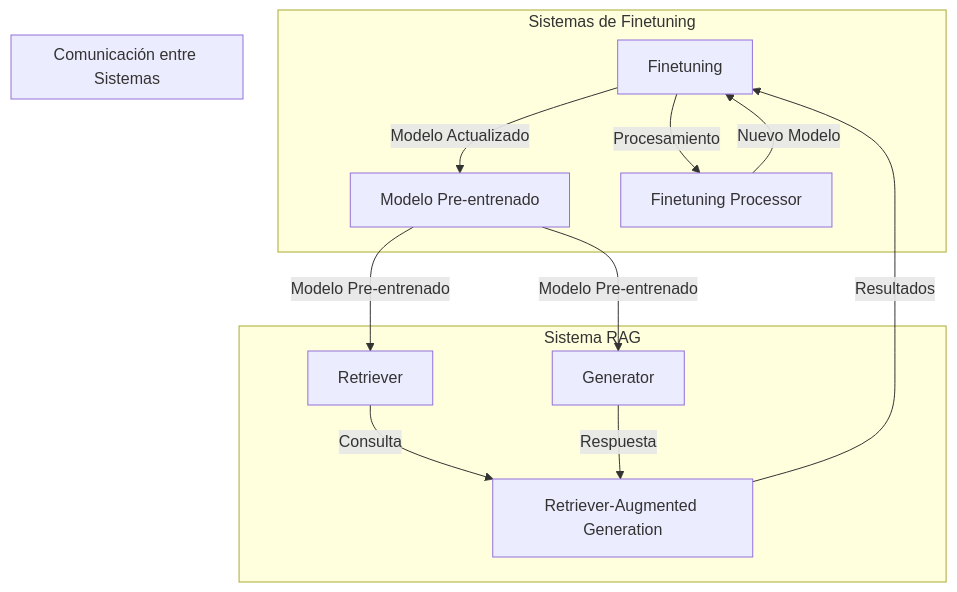
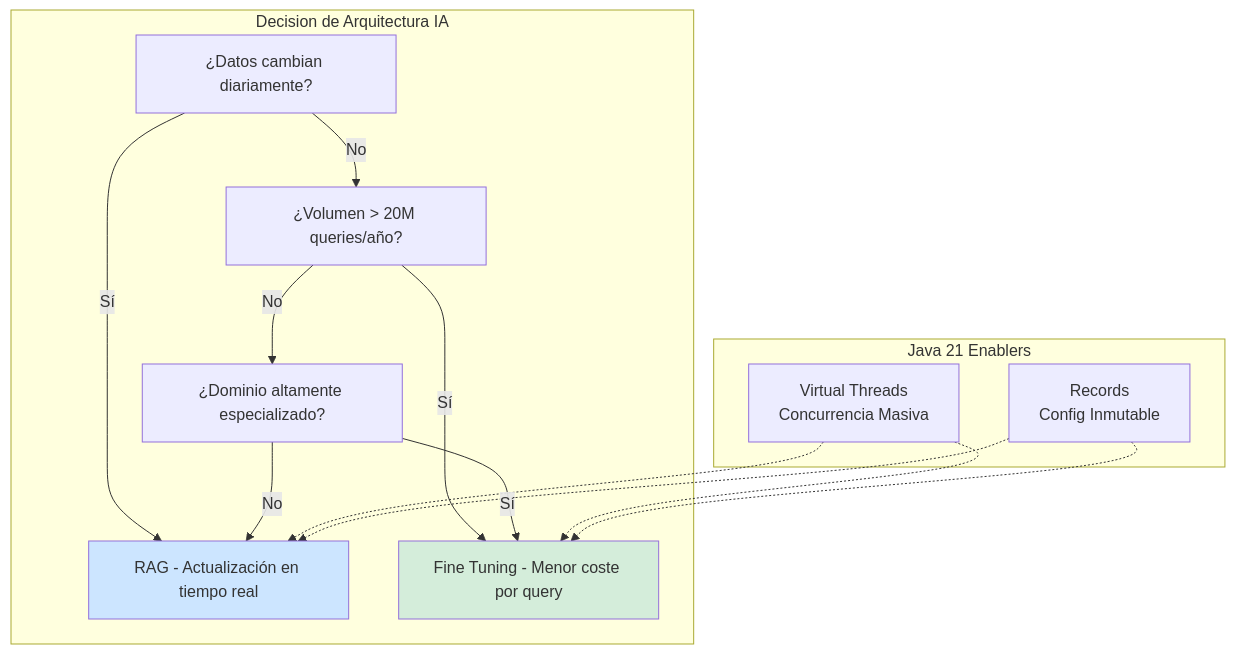
The first of 3 diagrams in _Review/fine_tuning_vs_rag_comparativa_real/fine_tuning_vs_rag_comparativa_real.md (Joaquinriosheredia/DAM-Java-Mastery), drawn with Mermaid before and after one commit. The commit also changed other lines of this file, not shown here.

Commit message:
fine_tuning_vs_rag_comparativa_real.md

````diff
--- a/_Review/fine_tuning_vs_rag_comparativa_real/fine_tuning_vs_rag_comparativa_real.md
+++ b/_Review/fine_tuning_vs_rag_comparativa_real/fine_tuning_vs_rag_comparativa_real.md
@@ -78,25 +76,21 @@
 ```mermaid
 graph TD
-    subgraph Sistemas de Finetuning
-        FT[Finetuning]
-        PM[Modelo Pre-entrenado]
-        FP[Finetuning Processor]
-        FT -->|Procesamiento| FP
-        FP -->|Nuevo Modelo| FT
+    subgraph "Decision de Arquitectura IA"
+        A[¿Datos cambian diariamente?] -->|Sí| RAG[RAG - Actualización en tiempo real]
+        A -->|No| B[¿Volumen > 20M queries/año?]
+        B -->|Sí| FT[Fine Tuning - Menor coste por query]
+        B -->|No| C[¿Dominio altamente especializado?]
+        C -->|Sí| FT
+        C -->|No| RAG
     end
-
-    subgraph Sistema RAG
-        RET[Retriever]
-        GEN[Generator]
-        RAG[Retriever-Augmented Generation]
-        RET -->|Consulta| RAG
-        GEN -->|Respuesta| RAG
-        RAG -->|Resultados| FT
+    
+    subgraph "Java 21 Enablers"
+        VT[Virtual Threads<br/>Concurrencia Masiva] -.-> RAG
+        VT -.-> FT
+        REC[Records<br/>Config Inmutable] -.-> RAG
+        REC -.-> FT
     end
-
-    subgraph Comunicación entre Sistemas
-        FT -->|Modelo Actualizado| PM
-        PM -->|Modelo Pre-entrenado| RET
-        PM -->|Modelo Pre-entrenado| GEN
-    end
+    
+    style FT fill:#d4edda
+    style RAG fill:#cce5ff
 ```
````
